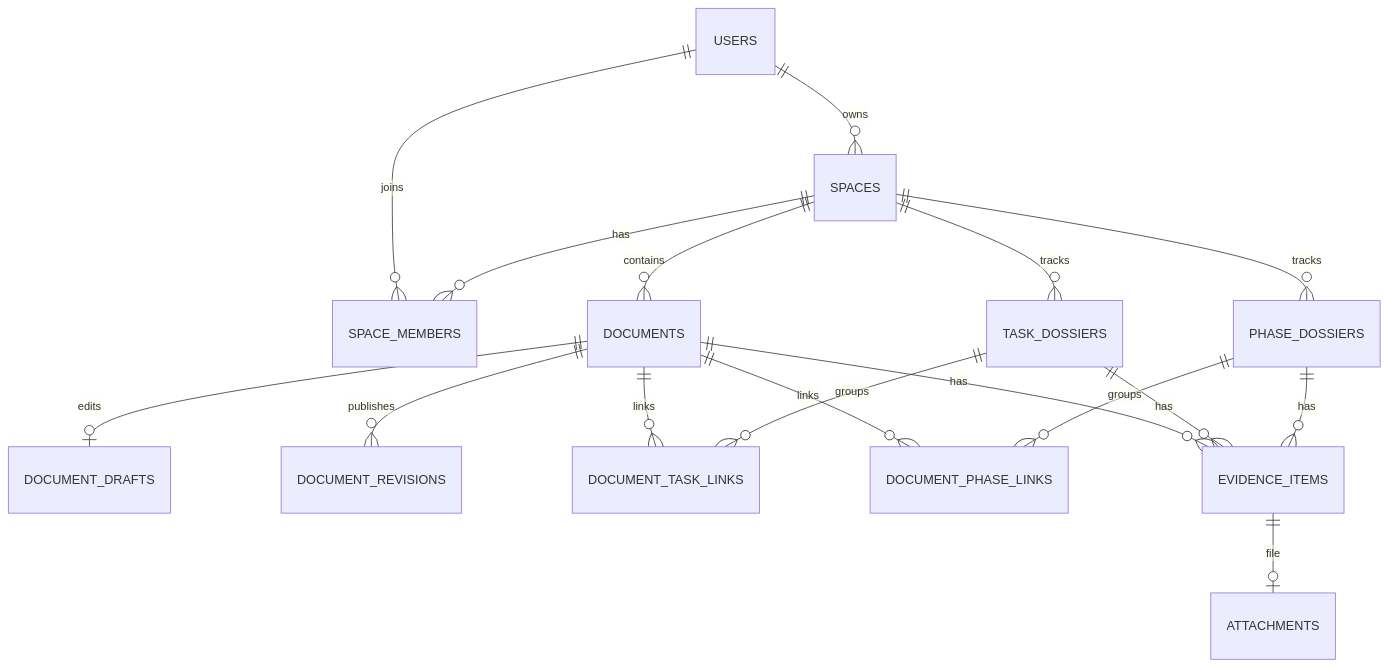
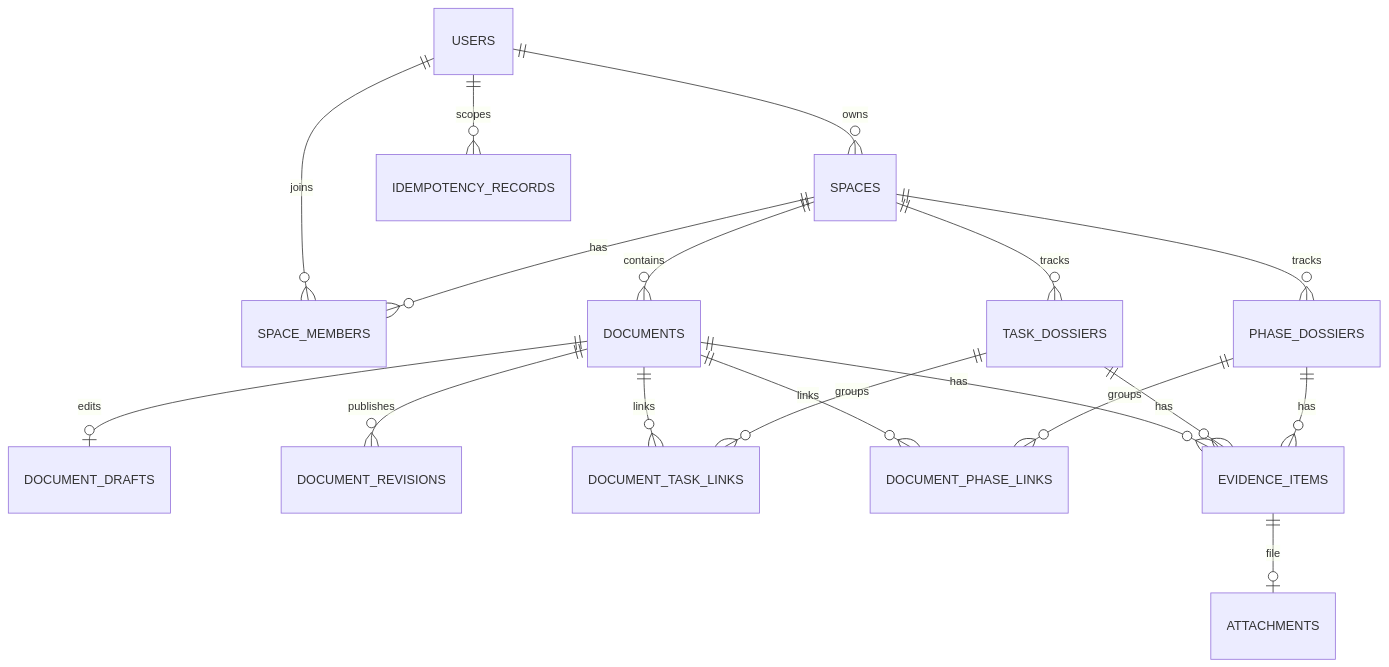
The diagram in docs/DATA_MODEL.md (FerrPOINT/wiki), drawn with Mermaid before and after one commit. The commit also changed other lines of this file and 22 other files, not shown here.

````diff
--- a/docs/DATA_MODEL.md
+++ b/docs/DATA_MODEL.md
@@ -303,19 +327,20 @@
 ```mermaid
 erDiagram
     USERS ||--o{ SPACES : owns
     USERS ||--o{ SPACE_MEMBERS : joins
+    USERS ||--o{ IDEMPOTENCY_RECORDS : scopes
     SPACES ||--o{ SPACE_MEMBERS : has
     SPACES ||--o{ DOCUMENTS : contains
     DOCUMENTS ||--o| DOCUMENT_DRAFTS : edits
     DOCUMENTS ||--o{ DOCUMENT_REVISIONS : publishes
     SPACES ||--o{ TASK_DOSSIERS : tracks
     SPACES ||--o{ PHASE_DOSSIERS : tracks
     DOCUMENTS ||--o{ DOCUMENT_TASK_LINKS : links
     TASK_DOSSIERS ||--o{ DOCUMENT_TASK_LINKS : groups
     DOCUMENTS ||--o{ DOCUMENT_PHASE_LINKS : links
     PHASE_DOSSIERS ||--o{ DOCUMENT_PHASE_LINKS : groups
     DOCUMENTS ||--o{ EVIDENCE_ITEMS : has
     TASK_DOSSIERS ||--o{ EVIDENCE_ITEMS : has
     PHASE_DOSSIERS ||--o{ EVIDENCE_ITEMS : has
     EVIDENCE_ITEMS ||--o| ATTACHMENTS : file
 ```
````
